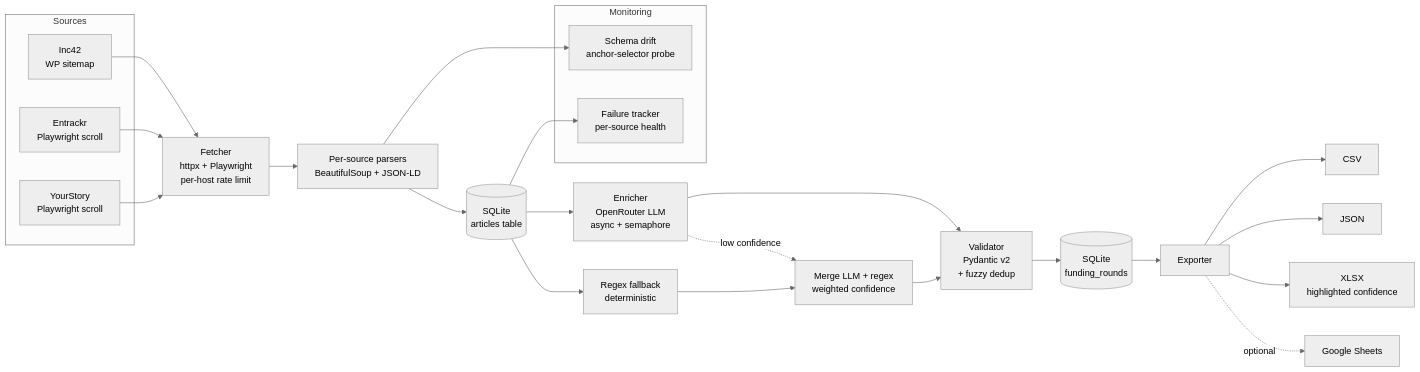
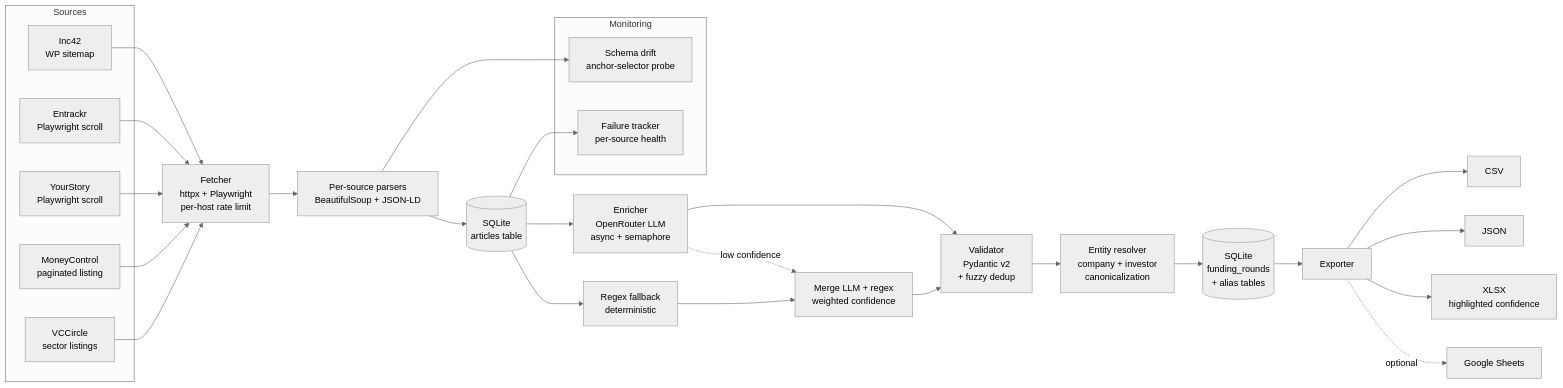
The diagram in README.md (ryrk1020/indian-funding-pipeline), drawn with Mermaid (neutral theme) before and after one commit. The commit also changed other lines of this file and 22 other files, not shown here.

````diff
--- a/README.md
+++ b/README.md
@@ -26,38 +27,43 @@
 ```mermaid
 flowchart LR
   subgraph Sources
     A1[Inc42<br/>WP sitemap]
     A2[Entrackr<br/>Playwright scroll]
     A3[YourStory<br/>Playwright scroll]
+    A4[MoneyControl<br/>paginated listing]
+    A5[VCCircle<br/>sector listings]
   end
 
   A1 --> F[Fetcher<br/>httpx + Playwright<br/>per-host rate limit]
   A2 --> F
   A3 --> F
+  A4 --> F
+  A5 --> F
 
   F --> P[Per-source parsers<br/>BeautifulSoup + JSON-LD]
   P --> S[(SQLite<br/>articles table)]
 
   S --> E[Enricher<br/>OpenRouter LLM<br/>async + semaphore]
   S --> R[Regex fallback<br/>deterministic]
 
   E -.low confidence.-> M[Merge LLM + regex<br/>weighted confidence]
   R --> M
   E --> V
   M --> V
 
-  V[Validator<br/>Pydantic v2<br/>+ fuzzy dedup] --> S2[(SQLite<br/>funding_rounds)]
+  V[Validator<br/>Pydantic v2<br/>+ fuzzy dedup] --> ER[Entity resolver<br/>company + investor<br/>canonicalization]
+  ER --> S2[(SQLite<br/>funding_rounds<br/>+ alias tables)]
 
   S2 --> X[Exporter]
   X --> O1[CSV]
   X --> O2[JSON]
   X --> O3[XLSX<br/>highlighted confidence]
   X -. optional .-> O4[Google Sheets]
 
   subgraph Monitoring
     MD[Schema drift<br/>anchor-selector probe]
     FT[Failure tracker<br/>per-source health]
   end
   P --> MD
   S --> FT
 ```
````
